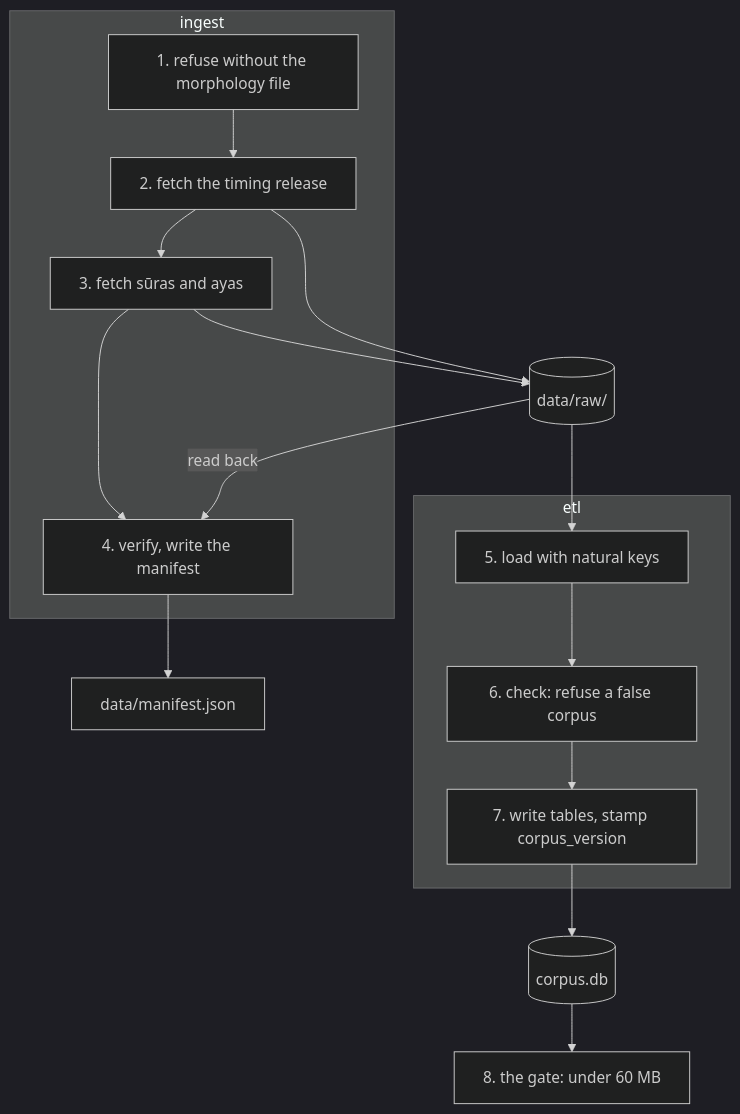
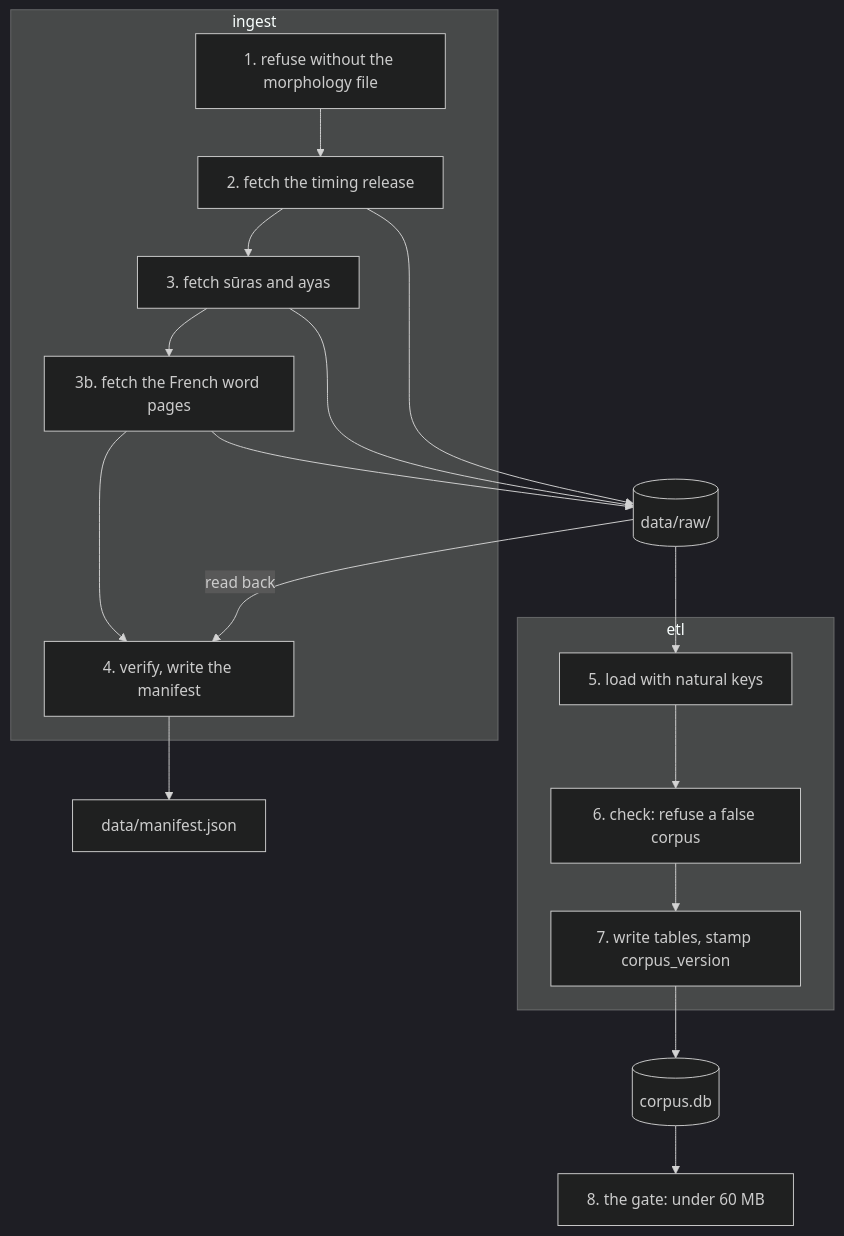
One commit to MohammadBnei/wird changed the second of 4 diagrams in docs/architecture/pipelines/corpus.md. Above: the diagram before and after it, drawn with Mermaid (dark theme). The commit also changed other lines of this file and 64 other files, not shown here.

First line of the commit message:
French word glosses from The Last Dialogue, and a root panel that walks word by word

````diff
--- a/docs/architecture/pipelines/corpus.md
+++ b/docs/architecture/pipelines/corpus.md
@@ -40,26 +42,28 @@
 ```mermaid
 flowchart TB
   subgraph ingest["ingest"]
     i1["1. refuse without the morphology file"]
     i2["2. fetch the timing release"]
     i3["3. fetch sūras and ayas"]
+    i3b["3b. fetch the French word pages"]
     i4["4. verify, write the manifest"]
-    i1 --> i2 --> i3 --> i4
+    i1 --> i2 --> i3 --> i3b --> i4
   end
   raw[("data/raw/")]
   man["data/manifest.json"]
   subgraph etl["etl"]
     e5["5. load with natural keys"]
     e6["6. check: refuse a false corpus"]
     e7["7. write tables, stamp corpus_version"]
     e5 --> e6 --> e7
   end
   asset[("corpus.db")]
   gate["8. the gate: under 60 MB"]
   i2 --> raw
   i3 --> raw
+  i3b --> raw
   raw -->|"read back"| i4
   i4 --> man
   raw --> e5
   e7 --> asset --> gate
 ```
````
